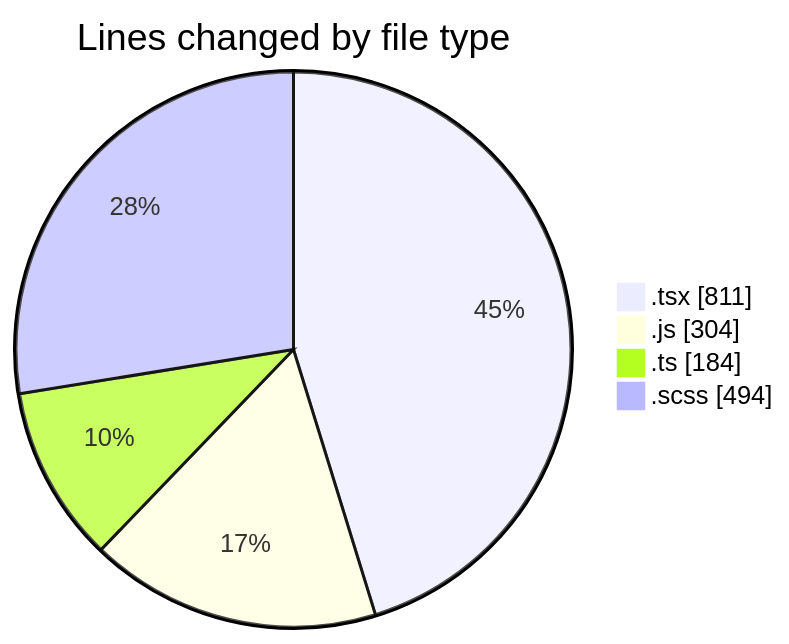
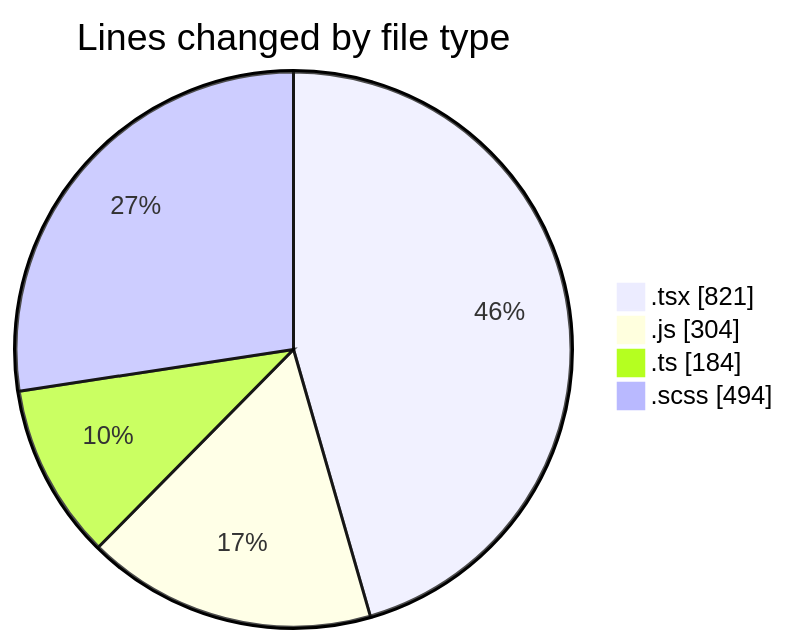
One commit to momahboobian/code-tracking changed the first of 2 diagrams in 2025-02-26/cda/README.md. Above: the diagram before and after it, drawn with Mermaid. The commit also changed other lines of this file and 1 other file, not shown here.

````diff
--- a/2025-02-26/cda/README.md
+++ b/2025-02-26/cda/README.md
@@ -37,8 +37,8 @@
 ```mermaid
 pie showData
 title Lines changed by file type
-".tsx" : 811
+".tsx" : 821
 ".js" : 304
 ".ts" : 184
 ".scss" : 494
 ```
````
